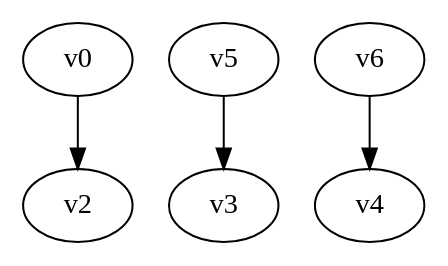
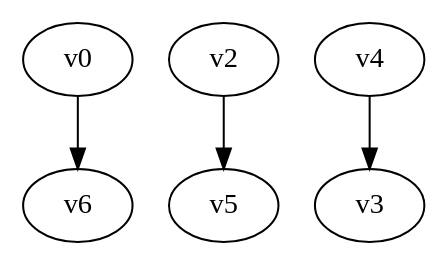
The diagram in digraph.dot (yadej/graph_project), drawn with Graphviz before and after one commit. The commit also changed 3 other files, not shown here.

```diff
--- a/digraph.dot
+++ b/digraph.dot
@@ -1,5 +1,5 @@
 digraph G { 
-v0 -> v2;
-v5 -> v3;
-v6 -> v4;
+v0 -> v6;
+v2 -> v5;
+v4 -> v3;
 }
```
